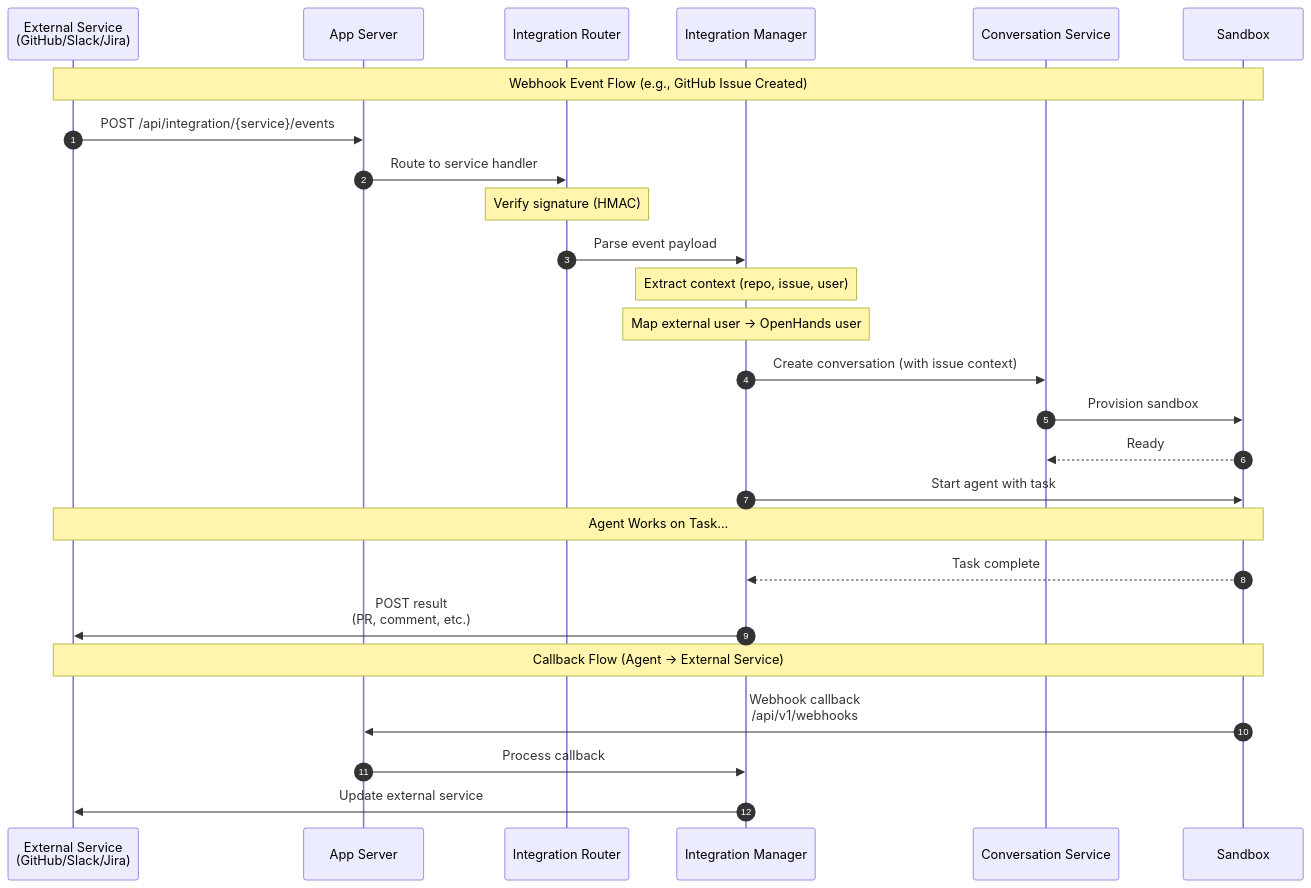
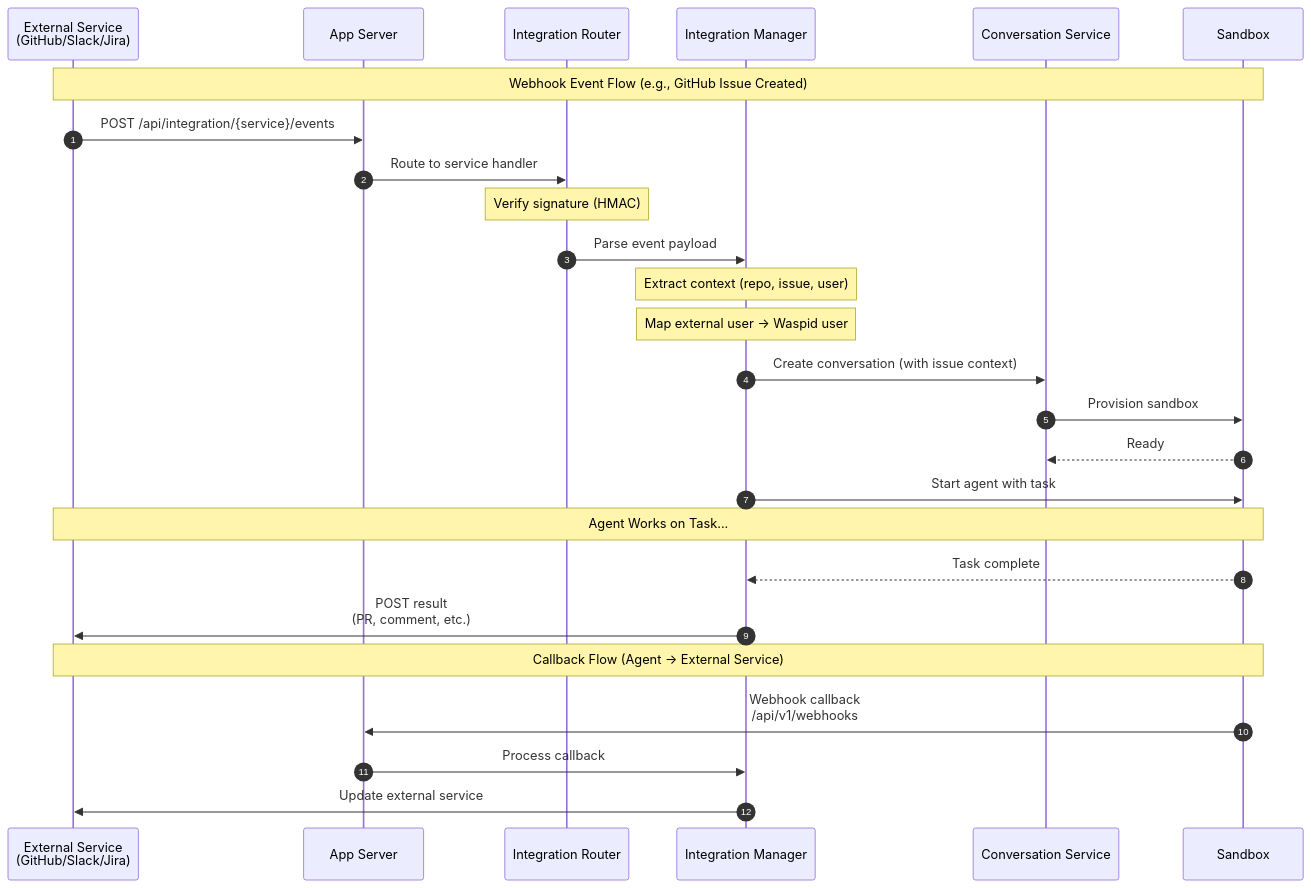
Before and after one commit to DurgaPrashad/waspid-ai: the diagram in enterprise/doc/architecture/external-integrations.md, drawn with Mermaid. The commit also changed other lines of this file and 1078 other files, not shown here.

````diff
--- a/enterprise/doc/architecture/external-integrations.md
+++ b/enterprise/doc/architecture/external-integrations.md
@@ -5,37 +5,37 @@
 ```mermaid
 sequenceDiagram
     autonumber
     participant Ext as External Service<br/>(GitHub/Slack/Jira)
     participant App as App Server
     participant IntRouter as Integration Router
     participant Manager as Integration Manager
     participant Conv as Conversation Service
     participant Sandbox as Sandbox
 
     Note over Ext,Sandbox: Webhook Event Flow (e.g., GitHub Issue Created)
 
     Ext->>App: POST /api/integration/{service}/events
     App->>IntRouter: Route to service handler
     Note over IntRouter: Verify signature (HMAC)
 
     IntRouter->>Manager: Parse event payload
     Note over Manager: Extract context (repo, issue, user)
-    Note over Manager: Map external user → OpenHands user
+    Note over Manager: Map external user → Waspid user
 
     Manager->>Conv: Create conversation (with issue context)
     Conv->>Sandbox: Provision sandbox
     Sandbox-->>Conv: Ready
 
     Manager->>Sandbox: Start agent with task
 
     Note over Ext,Sandbox: Agent Works on Task...
 
     Sandbox-->>Manager: Task complete
     Manager->>Ext: POST result<br/>(PR, comment, etc.)
 
     Note over Ext,Sandbox: Callback Flow (Agent → External Service)
 
     Sandbox->>App: Webhook callback<br/>/api/v1/webhooks
     App->>Manager: Process callback
     Manager->>Ext: Update external service
 ```
````
